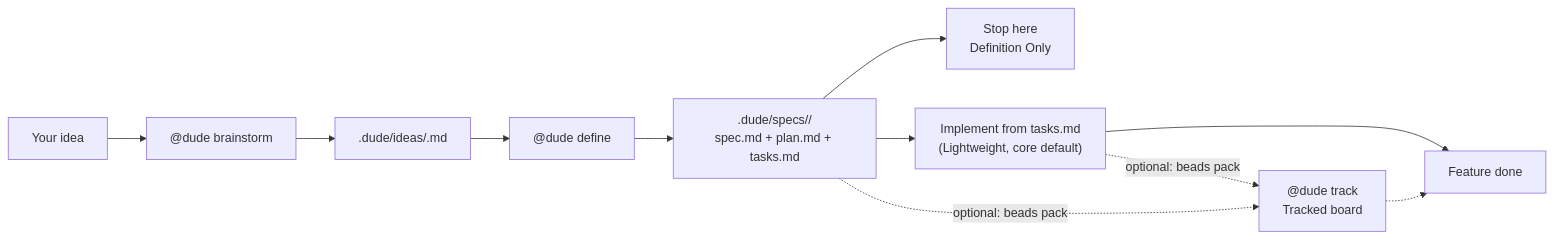
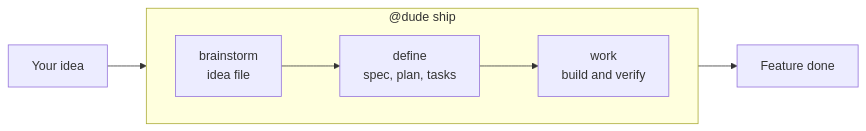
The diagram in README.md (E-G-C/dude), drawn with Mermaid before and after one commit. The commit also changed other lines of this file and 5 other files, not shown here.

````diff
--- a/README.md
+++ b/README.md
@@ -23,13 +19,11 @@
 ```mermaid
 flowchart LR
-  INPUT["Your idea"] --> BRAINSTORM["@dude brainstorm"]
-  BRAINSTORM --> IDEA[".dude/ideas/<slug>.md"]
-  IDEA --> DEFINE["@dude define <slug>"]
-  DEFINE --> PACKAGE[".dude/specs/<feature>/\nspec.md + plan.md + tasks.md"]
-  PACKAGE --> STOP["Stop here\nDefinition Only"]
-  PACKAGE --> TASKS["Implement from tasks.md\n(Lightweight, core default)"]
-  TASKS --> DONE["Feature done"]
-  PACKAGE -.->|optional: beads pack| TRACK["@dude track\nTracked board"]
-  TASKS -.->|optional: beads pack| TRACK
-  TRACK -.-> DONE
+  YOU["Your idea"]
+  subgraph SHIP["@dude ship"]
+    direction LR
+    BRAINSTORM["brainstorm<br/>idea file"] --> DEFINE["define<br/>spec, plan, tasks"] --> WORK["work<br/>build and verify"]
+  end
+  DONE["Feature done"]
+  YOU --> BRAINSTORM
+  WORK --> DONE
 ```
````
